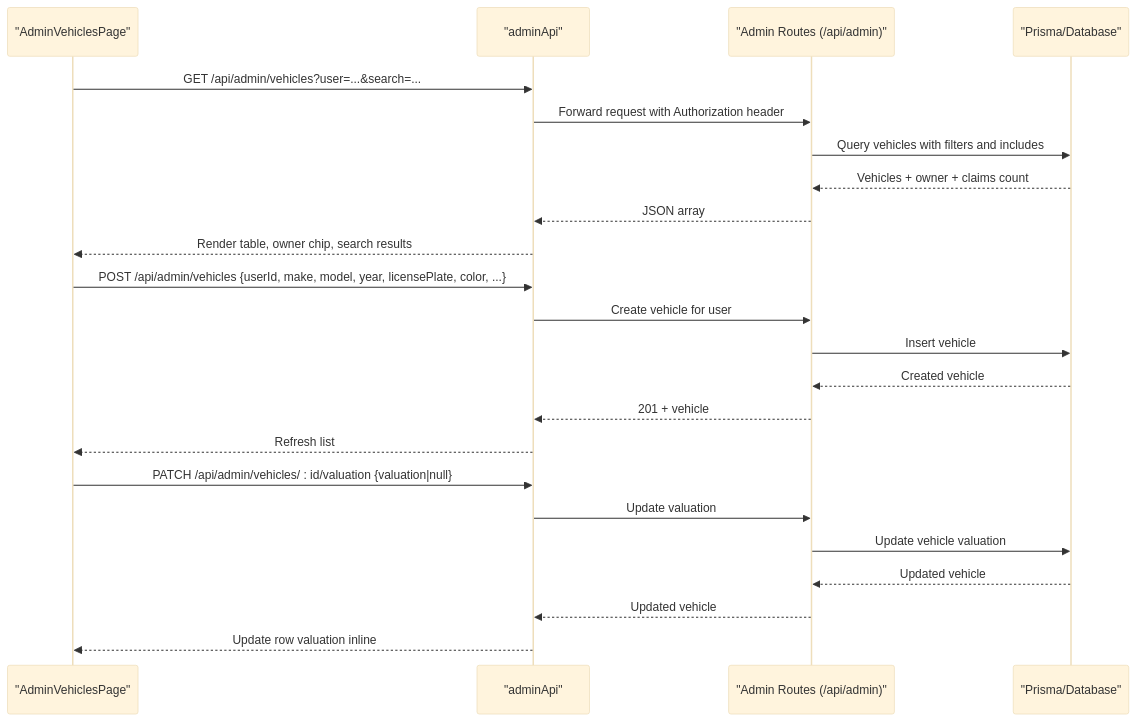
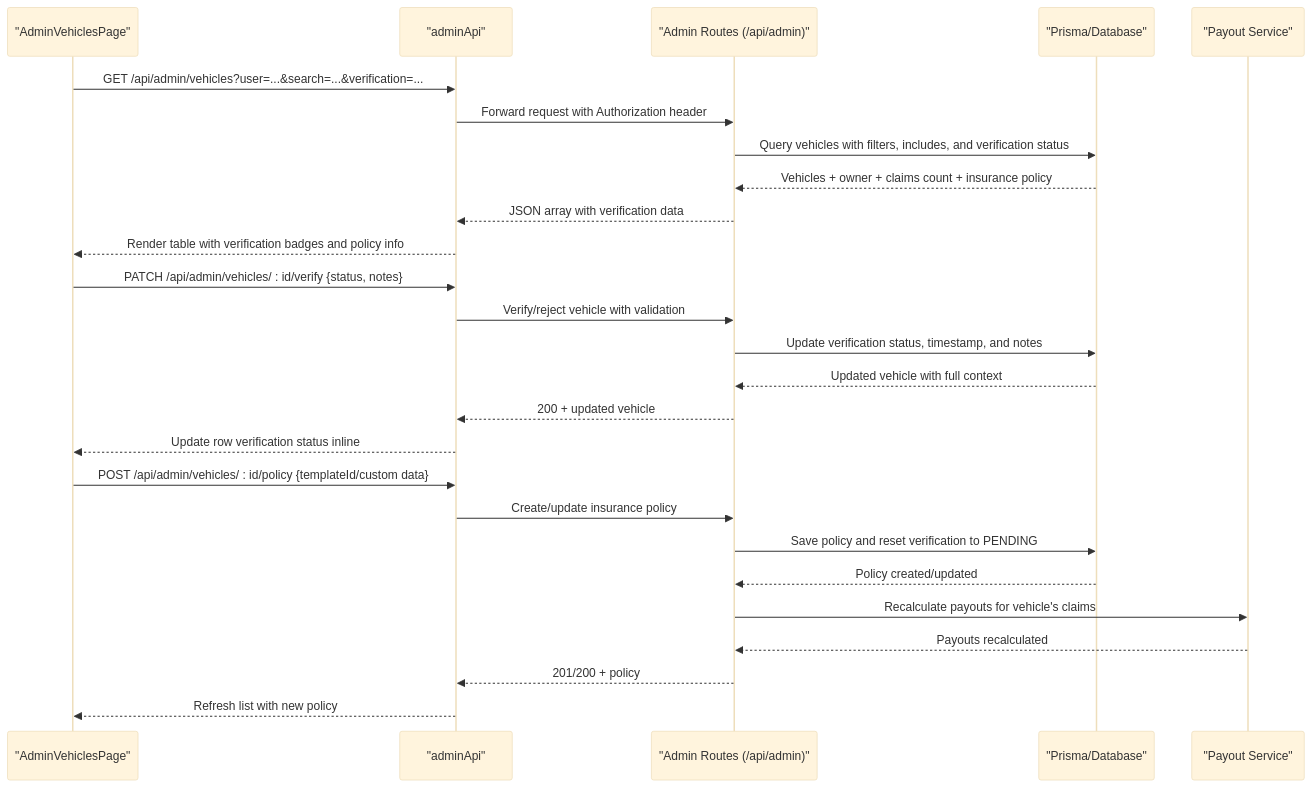
The second of 3 diagrams in .qoder/repowiki/en/content/Frontend Documentation/Pages and Views/Admin Pages/Admin Vehicles Page.md (NaveenHiranya/Smart-Vehicle-Insurance-Claim-System), drawn with Mermaid (base theme) before and after one commit. The commit also changed other lines of this file and 21 other files, not shown here.

````diff
--- a/.qoder/repowiki/en/content/Frontend Documentation/Pages and Views/Admin Pages/Admin Vehicles Page.md
+++ b/.qoder/repowiki/en/content/Frontend Documentation/Pages and Views/Admin Pages/Admin Vehicles Page.md
@@ -92,25 +101,28 @@
 ```mermaid
 sequenceDiagram
 participant UI as "AdminVehiclesPage"
 participant API as "adminApi"
 participant R as "Admin Routes (/api/admin)"
 participant DB as "Prisma/Database"
-UI->>API : GET /api/admin/vehicles?user=...&search=...
+participant PS as "Payout Service"
+UI->>API : GET /api/admin/vehicles?user=...&search=...&verification=...
 API->>R : Forward request with Authorization header
-R->>DB : Query vehicles with filters and includes
-DB-->>R : Vehicles + owner + claims count
-R-->>API : JSON array
-API-->>UI : Render table, owner chip, search results
-UI->>API : POST /api/admin/vehicles {userId, make, model, year, licensePlate, color, ...}
-API->>R : Create vehicle for user
-R->>DB : Insert vehicle
-DB-->>R : Created vehicle
-R-->>API : 201 + vehicle
-API-->>UI : Refresh list
-UI->>API : PATCH /api/admin/vehicles/ : id/valuation {valuation|null}
-API->>R : Update valuation
-R->>DB : Update vehicle valuation
-DB-->>R : Updated vehicle
-R-->>API : Updated vehicle
-API-->>UI : Update row valuation inline
+R->>DB : Query vehicles with filters, includes, and verification status
+DB-->>R : Vehicles + owner + claims count + insurance policy
+R-->>API : JSON array with verification data
+API-->>UI : Render table with verification badges and policy info
+UI->>API : PATCH /api/admin/vehicles/ : id/verify {status, notes}
+API->>R : Verify/reject vehicle with validation
+R->>DB : Update verification status, timestamp, and notes
+DB-->>R : Updated vehicle with full context
+R-->>API : 200 + updated vehicle
+API-->>UI : Update row verification status inline
+UI->>API : POST /api/admin/vehicles/ : id/policy {templateId/custom data}
+API->>R : Create/update insurance policy
+R->>DB : Save policy and reset verification to PENDING
+DB-->>R : Policy created/updated
+R->>PS : Recalculate payouts for vehicle's claims
+PS-->>R : Payouts recalculated
+R-->>API : 201/200 + policy
+API-->>UI : Refresh list with new policy
 ```
````
